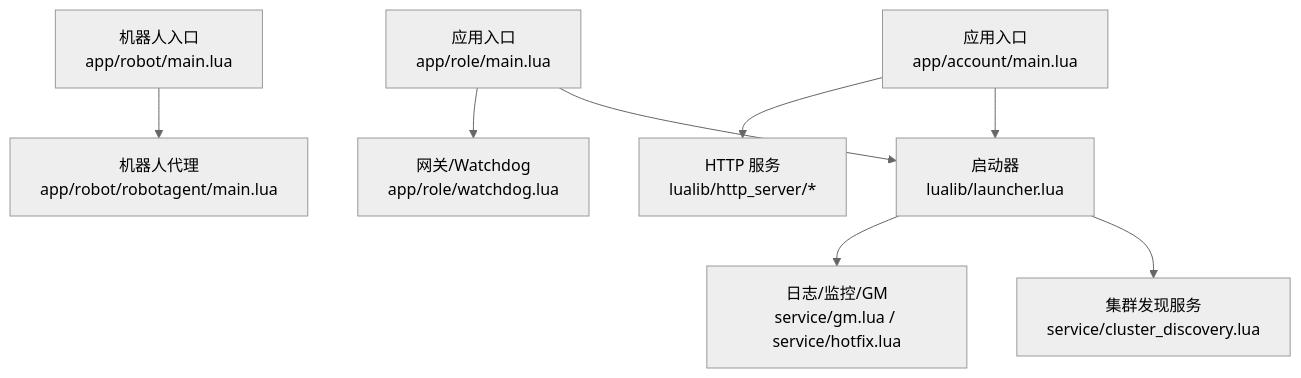
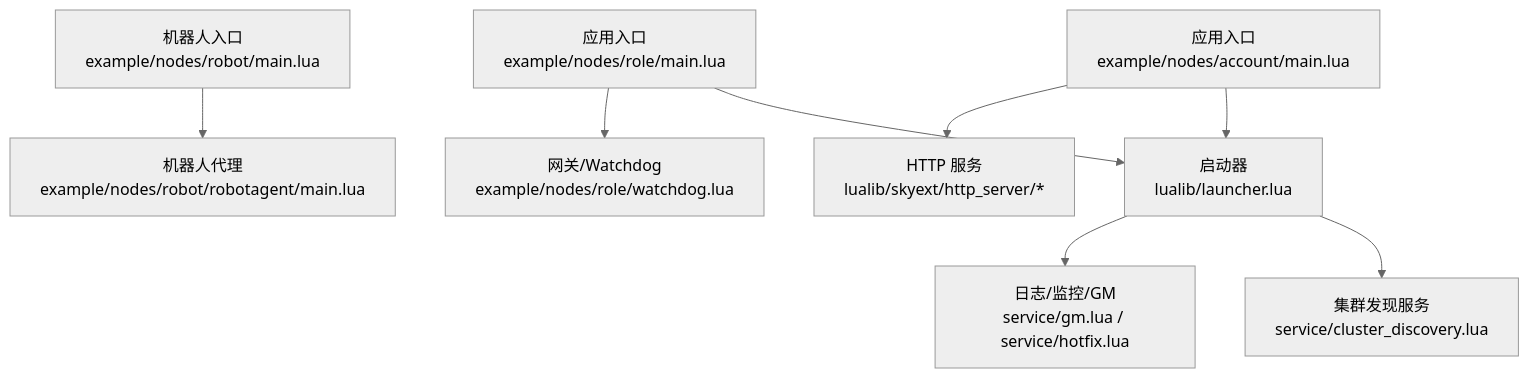
The first of 10 diagrams in docs/repowiki/zh/content/架构设计/架构设计.md (hanxi/skyext), drawn with Mermaid (neutral theme) before and after one commit. The commit also changed other lines of this file and 117 other files, not shown here.

````diff
--- a/docs/repowiki/zh/content/架构设计/架构设计.md
+++ b/docs/repowiki/zh/content/架构设计/架构设计.md
@@ -45,10 +45,10 @@
 ```mermaid
 graph TB
-A["应用入口<br/>app/account/main.lua"] --> B["启动器<br/>lualib/launcher.lua"]
-C["应用入口<br/>app/role/main.lua"] --> B
-D["机器人入口<br/>app/robot/main.lua"] --> E["机器人代理<br/>app/robot/robotagent/main.lua"]
+A["应用入口<br/>example/nodes/account/main.lua"] --> B["启动器<br/>lualib/launcher.lua"]
+C["应用入口<br/>example/nodes/role/main.lua"] --> B
+D["机器人入口<br/>example/nodes/robot/main.lua"] --> E["机器人代理<br/>example/nodes/robot/robotagent/main.lua"]
 B --> F["集群发现服务<br/>service/cluster_discovery.lua"]
 B --> G["日志/监控/GM<br/>service/gm.lua / service/hotfix.lua"]
-A --> H["HTTP 服务<br/>lualib/http_server/*"]
-C --> I["网关/Watchdog<br/>app/role/watchdog.lua"]
+A --> H["HTTP 服务<br/>lualib/skyext/http_server/*"]
+C --> I["网关/Watchdog<br/>example/nodes/role/watchdog.lua"]
 ```
````
